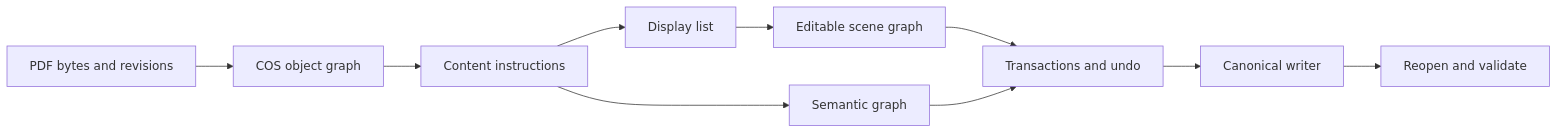
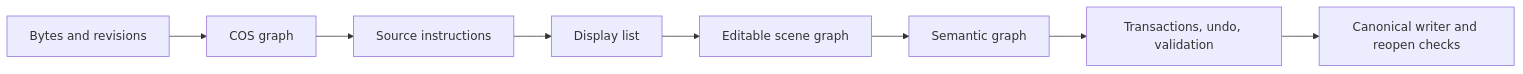
The diagram in README.md (demisuga01-lab/wellfriendpdf), drawn with Mermaid before and after one commit. The commit also changed other lines of this file and 39 other files, not shown here.

````diff
--- a/README.md
+++ b/README.md
@@ -92,12 +70,10 @@
 ```mermaid
 flowchart LR
-    Bytes[PDF bytes and revisions] --> COS[COS object graph]
-    COS --> Ops[Content instructions]
-    Ops --> Display[Display list]
-    Display --> Scene[Editable scene graph]
-    Ops --> Semantic[Semantic graph]
-    Scene --> Tx[Transactions and undo]
-    Semantic --> Tx
-    Tx --> Writer[Canonical writer]
-    Writer --> Reopen[Reopen and validate]
+  Bytes[Bytes and revisions] --> COS[COS graph]
+  COS --> Ops[Source instructions]
+  Ops --> Display[Display list]
+  Display --> Scene[Editable scene graph]
+  Scene --> Semantic[Semantic graph]
+  Semantic --> Tx[Transactions, undo, validation]
+  Tx --> Writer[Canonical writer and reopen checks]
 ```
````
